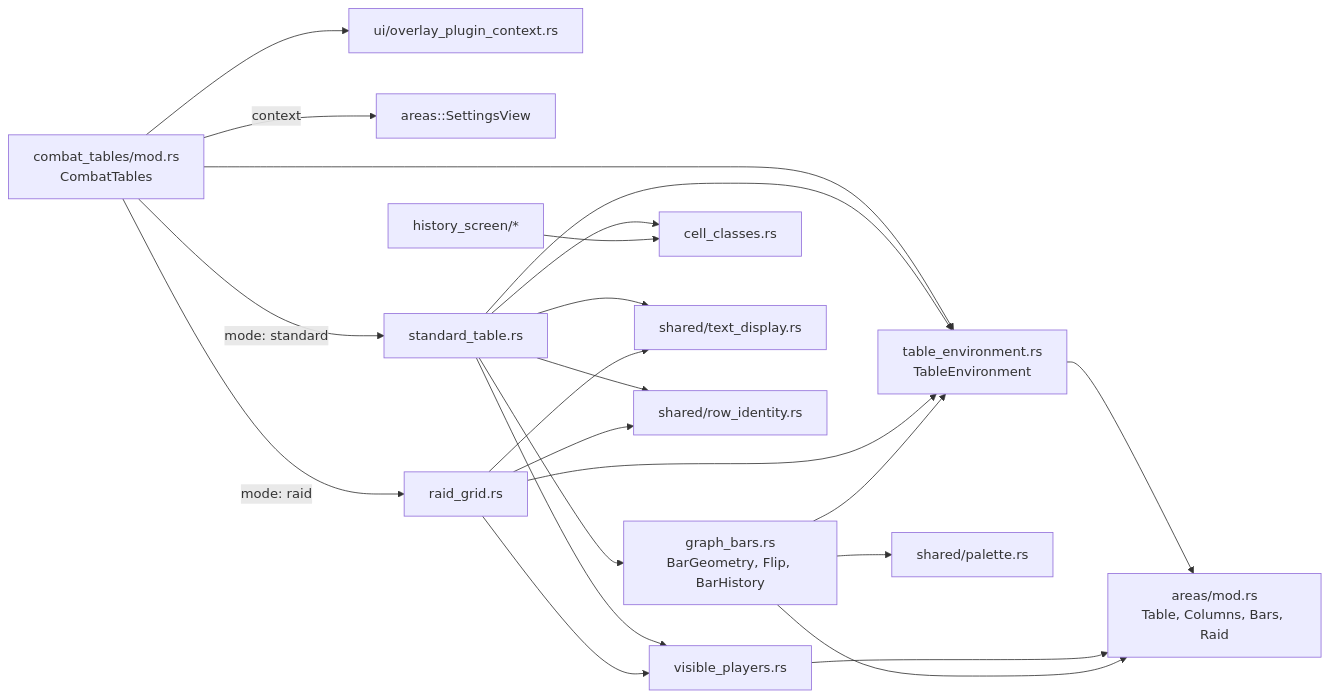
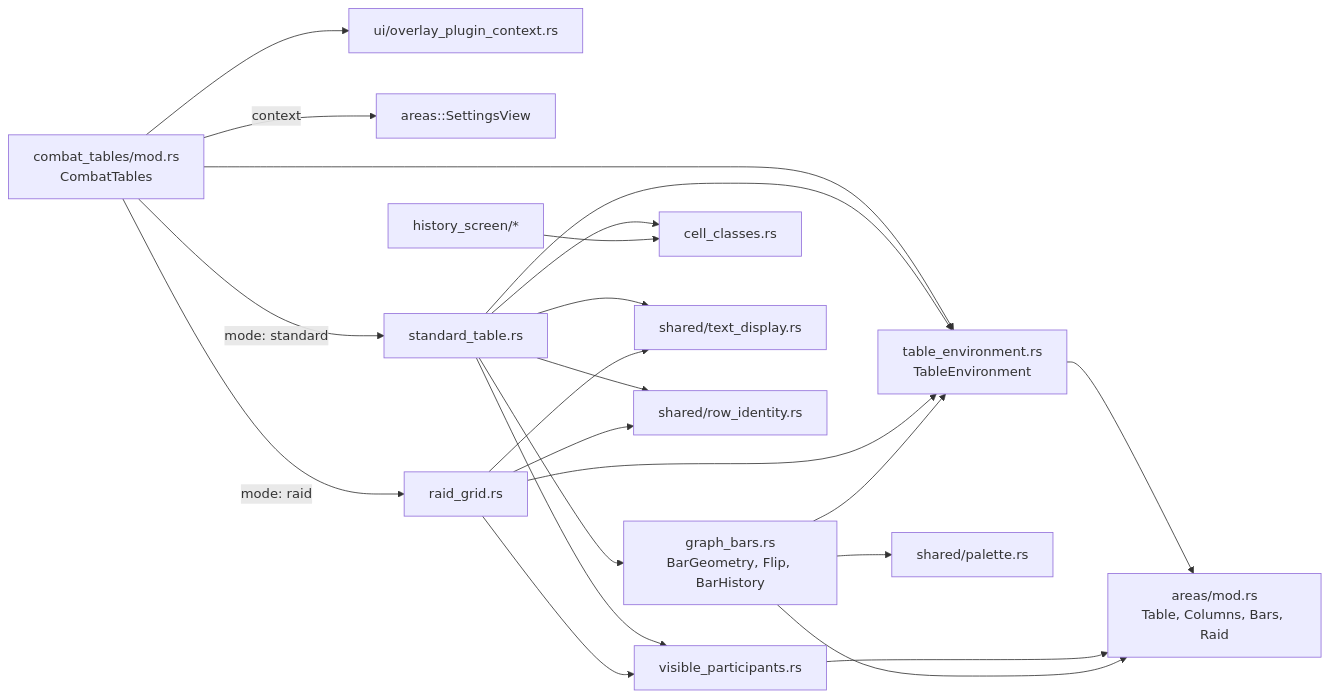
Before and after one commit to vietchinh/mopimopi-rs: the fifth of 9 diagrams in docs/uml/README.md, drawn with Mermaid. The commit also changed other lines of this file and 55 other files, not shown here.

````diff
--- a/docs/uml/README.md
+++ b/docs/uml/README.md
@@ -294,24 +294,24 @@
 ```mermaid
 flowchart LR
   mod["combat_tables/mod.rs<br/>CombatTables"] --> env["table_environment.rs<br/>TableEnvironment"]
   mod --> opc["ui/overlay_plugin_context.rs"]
   mod -->|"context"| views["areas::SettingsView"]
   mod -->|"mode: standard"| std["standard_table.rs"]
   mod -->|"mode: raid"| raid["raid_grid.rs"]
   env --> areas["areas/mod.rs<br/>Table, Columns, Bars, Raid"]
   std --> env
-  std --> vis["visible_players.rs"]
+  std --> vis["visible_participants.rs"]
   std --> bars["graph_bars.rs<br/>BarGeometry, Flip, BarHistory"]
   std --> cls["cell_classes.rs"]
   std --> td["shared/text_display.rs"]
   std --> ri["shared/row_identity.rs"]
   raid --> env
   raid --> vis
   raid --> td
   raid --> ri
   vis --> areas
   bars --> env
   bars --> areas
   bars --> pal["shared/palette.rs"]
   hist["history_screen/*"] --> cls
 ```
````
